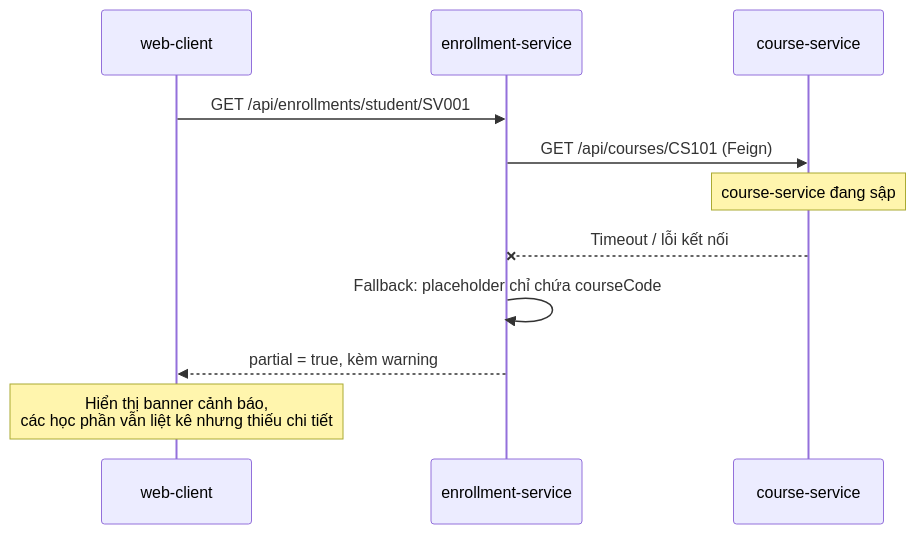
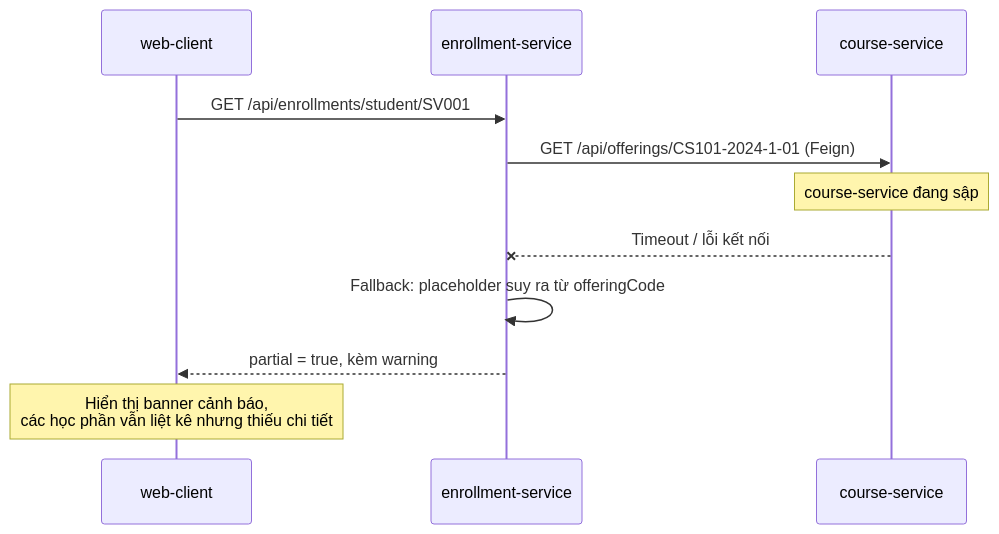
One commit to Keineik/microservice-labs changed the fourth of 4 diagrams in lab-1-springboot/report/03-luong-xu-ly.md. Above: the diagram before and after it, drawn with Mermaid. The commit also changed other lines of this file and 51 other files, not shown here.

First line of the commit message:
Add course offerings, GPA transcript, and registrar web console

````diff
--- a/lab-1-springboot/report/03-luong-xu-ly.md
+++ b/lab-1-springboot/report/03-luong-xu-ly.md
@@ -54,14 +120,14 @@
 ```mermaid
 sequenceDiagram
     participant W as web-client
     participant E as enrollment-service
     participant C as course-service
 
     W->>E: GET /api/enrollments/student/SV001
-    E->>C: GET /api/courses/CS101 (Feign)
+    E->>C: GET /api/offerings/CS101-2024-1-01 (Feign)
     Note over C: course-service đang sập
     C--xE: Timeout / lỗi kết nối
-    E->>E: Fallback: placeholder chỉ chứa courseCode
+    E->>E: Fallback: placeholder suy ra từ offeringCode
     E-->>W: partial = true, kèm warning
     Note over W: Hiển thị banner cảnh báo,<br/>các học phần vẫn liệt kê nhưng thiếu chi tiết
 ```
````
